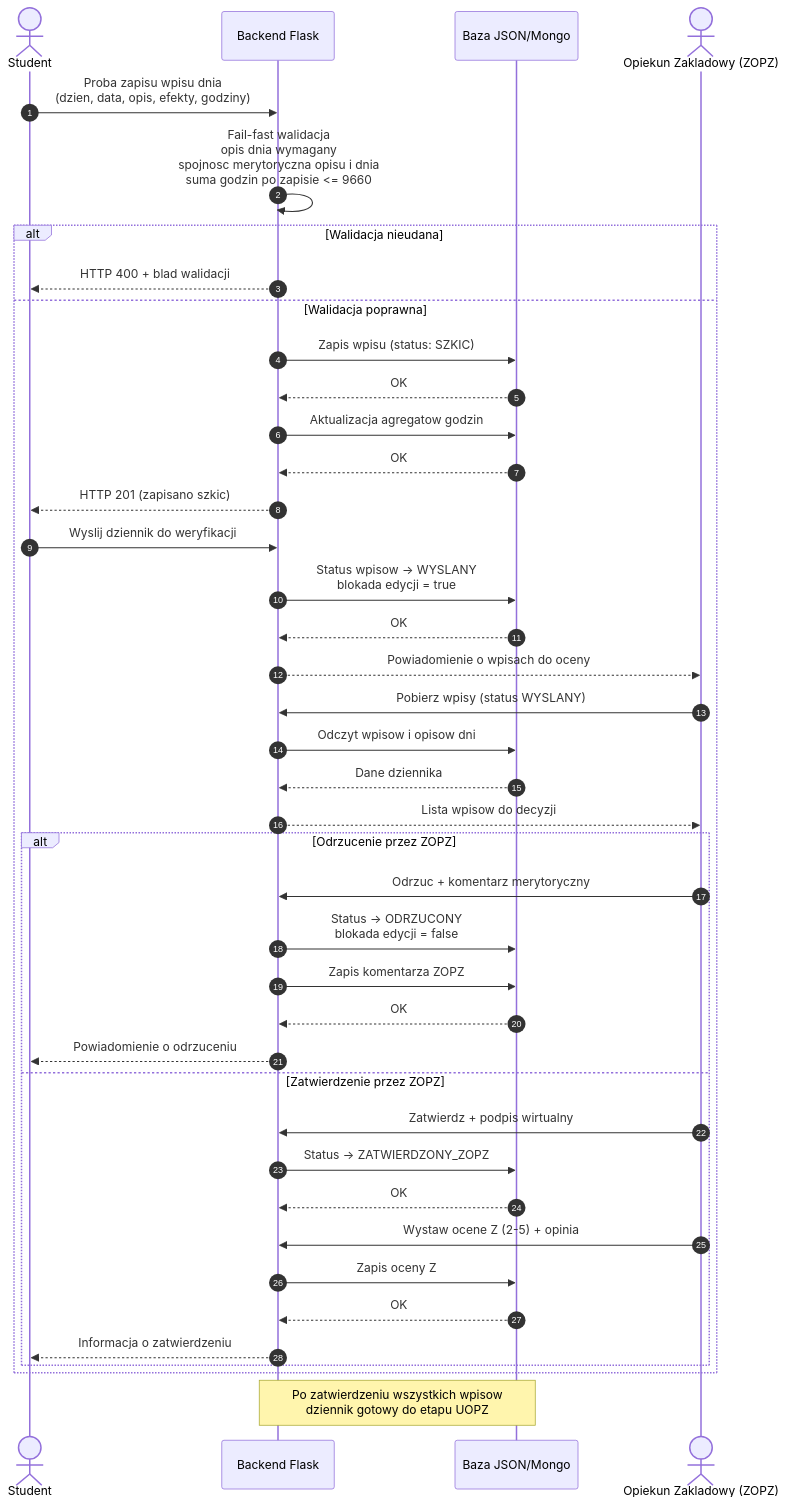
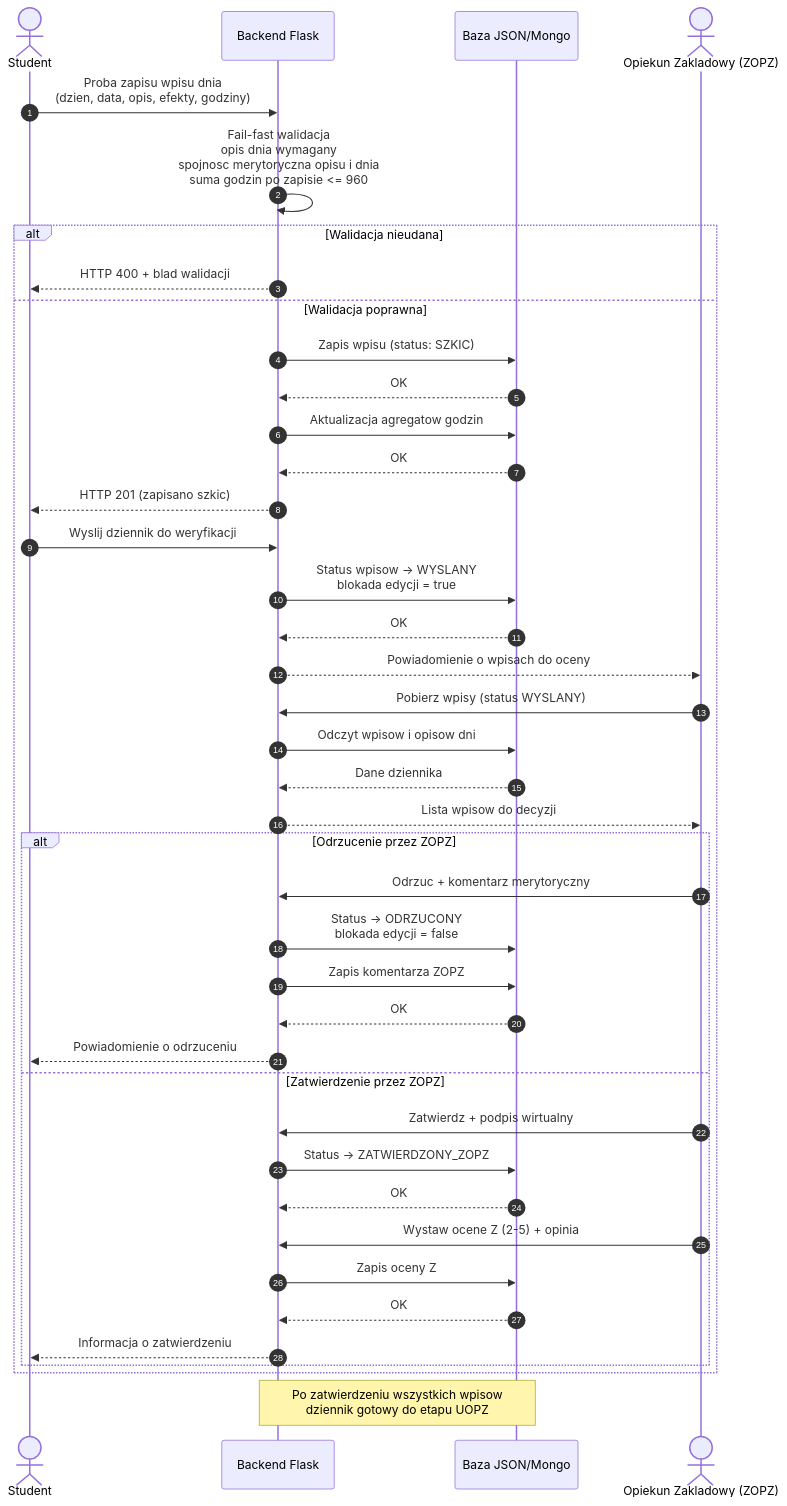
Before and after one commit to kacprow21324/flask-app-form: the diagram in documentation/diagrams/diagrams_code/Sequence_Diary_Verification.mmd, drawn with Mermaid. The commit also changed 148 other files, not shown here.

```diff
--- a/documentation/diagrams/diagrams_code/Sequence_Diary_Verification.mmd
+++ b/documentation/diagrams/diagrams_code/Sequence_Diary_Verification.mmd
@@ -1,47 +1,47 @@
 sequenceDiagram
     autonumber
     actor Student
     participant Flask as Backend Flask
     participant DB as Baza JSON/Mongo
     actor ZOPZ as Opiekun Zakladowy (ZOPZ)
 
     Student->>Flask: Proba zapisu wpisu dnia<br/>(dzien, data, opis, efekty, godziny)
-    Flask->>Flask: Fail-fast walidacja<br/>opis dnia wymagany<br/>spojnosc merytoryczna opisu i dnia<br/>suma godzin po zapisie <= 9660
+    Flask->>Flask: Fail-fast walidacja<br/>opis dnia wymagany<br/>spojnosc merytoryczna opisu i dnia<br/>suma godzin po zapisie <= 960
 
     alt Walidacja nieudana
         Flask-->>Student: HTTP 400 + blad walidacji
     else Walidacja poprawna
         Flask->>DB: Zapis wpisu (status: SZKIC)
         DB-->>Flask: OK
         Flask->>DB: Aktualizacja agregatow godzin
         DB-->>Flask: OK
         Flask-->>Student: HTTP 201 (zapisano szkic)
 
         Student->>Flask: Wyslij dziennik do weryfikacji
         Flask->>DB: Status wpisow -> WYSLANY<br/>blokada edycji = true
         DB-->>Flask: OK
         Flask-->>ZOPZ: Powiadomienie o wpisach do oceny
 
         ZOPZ->>Flask: Pobierz wpisy (status WYSLANY)
         Flask->>DB: Odczyt wpisow i opisow dni
         DB-->>Flask: Dane dziennika
         Flask-->>ZOPZ: Lista wpisow do decyzji
 
         alt Odrzucenie przez ZOPZ
             ZOPZ->>Flask: Odrzuc + komentarz merytoryczny
             Flask->>DB: Status -> ODRZUCONY<br/>blokada edycji = false
             Flask->>DB: Zapis komentarza ZOPZ
             DB-->>Flask: OK
             Flask-->>Student: Powiadomienie o odrzuceniu
         else Zatwierdzenie przez ZOPZ
             ZOPZ->>Flask: Zatwierdz + podpis wirtualny
             Flask->>DB: Status -> ZATWIERDZONY_ZOPZ
             DB-->>Flask: OK
             ZOPZ->>Flask: Wystaw ocene Z (2-5) + opinia
             Flask->>DB: Zapis oceny Z
             DB-->>Flask: OK
             Flask-->>Student: Informacja o zatwierdzeniu
         end
     end
 
     note over Flask,DB: Po zatwierdzeniu wszystkich wpisow<br/>dziennik gotowy do etapu UOPZ
```
